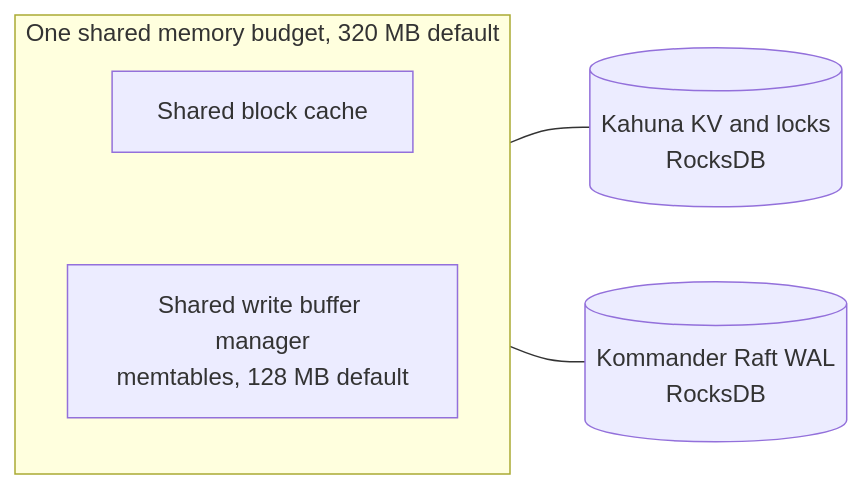
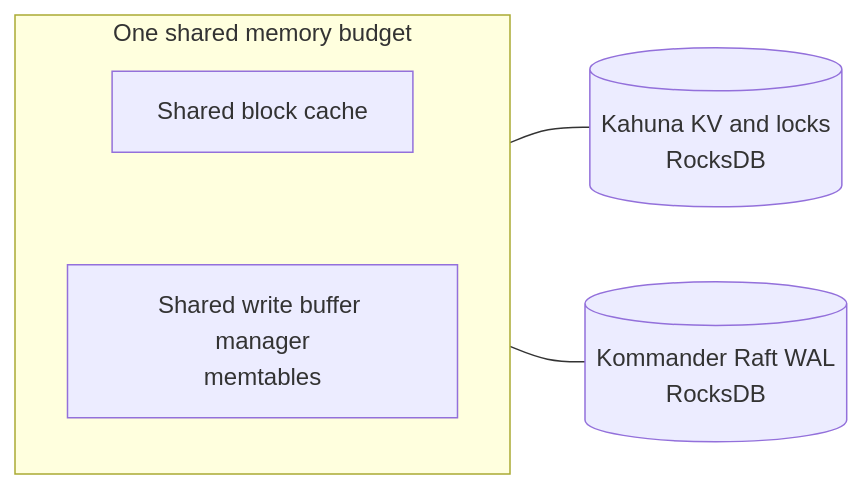
The second of 3 diagrams in docs/storage.md (camusdb/camusdb.github.io), drawn with Mermaid before and after one commit. The commit also changed other lines of this file and 216 other files, not shown here.

````diff
--- a/docs/storage.md
+++ b/docs/storage.md
@@ -118,11 +115,11 @@
 ```mermaid
 flowchart LR
-    subgraph B["One shared memory budget, 320 MB default"]
+    subgraph B["One shared memory budget"]
         direction TB
         C[Shared block cache]
         C ~~~ M
-        M["Shared write buffer manager<br/>memtables, 128 MB default"]
+        M["Shared write buffer manager<br/>memtables"]
     end
     B --- K[("Kahuna KV and locks<br/>RocksDB")]
     B --- W[("Kommander Raft WAL<br/>RocksDB")]
 ```
````
